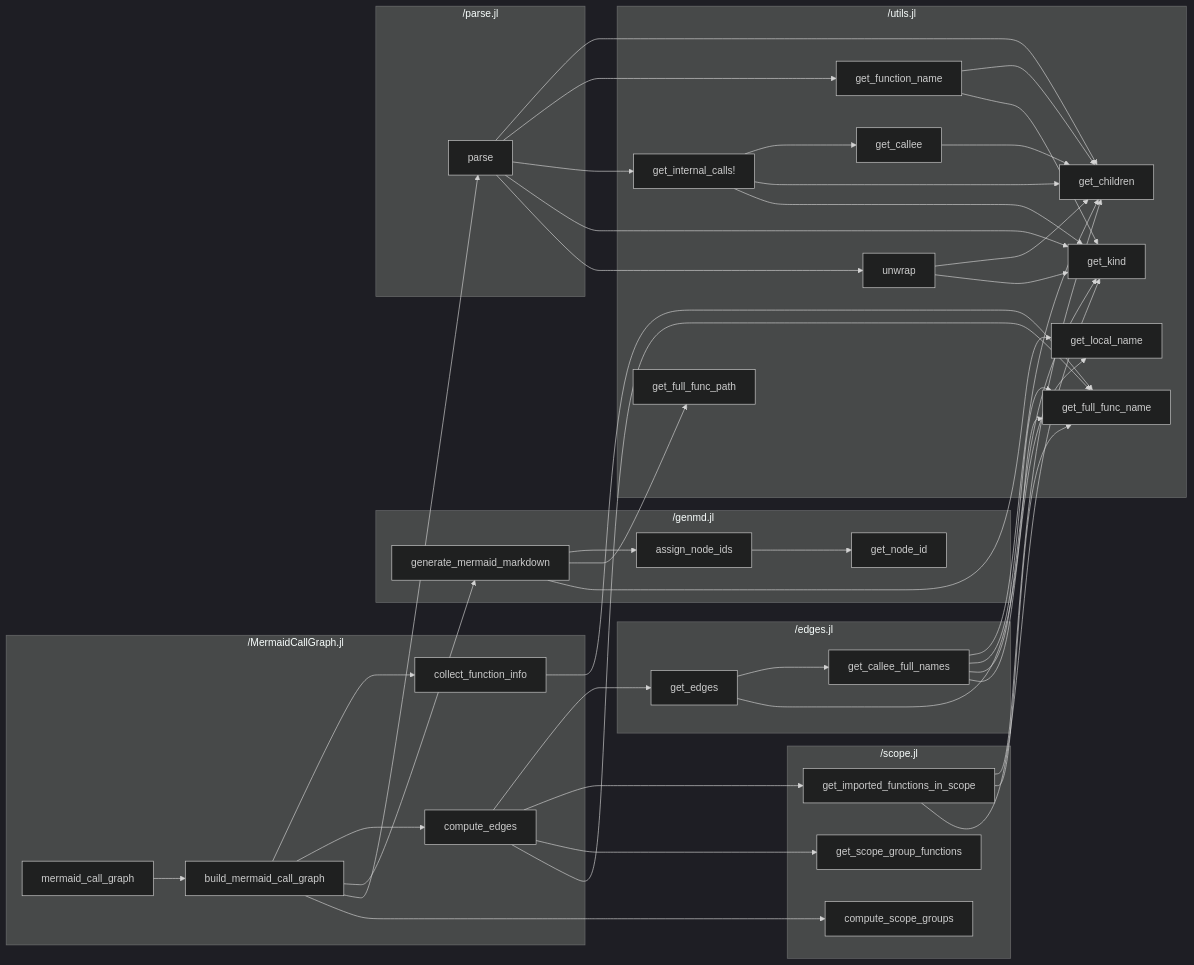
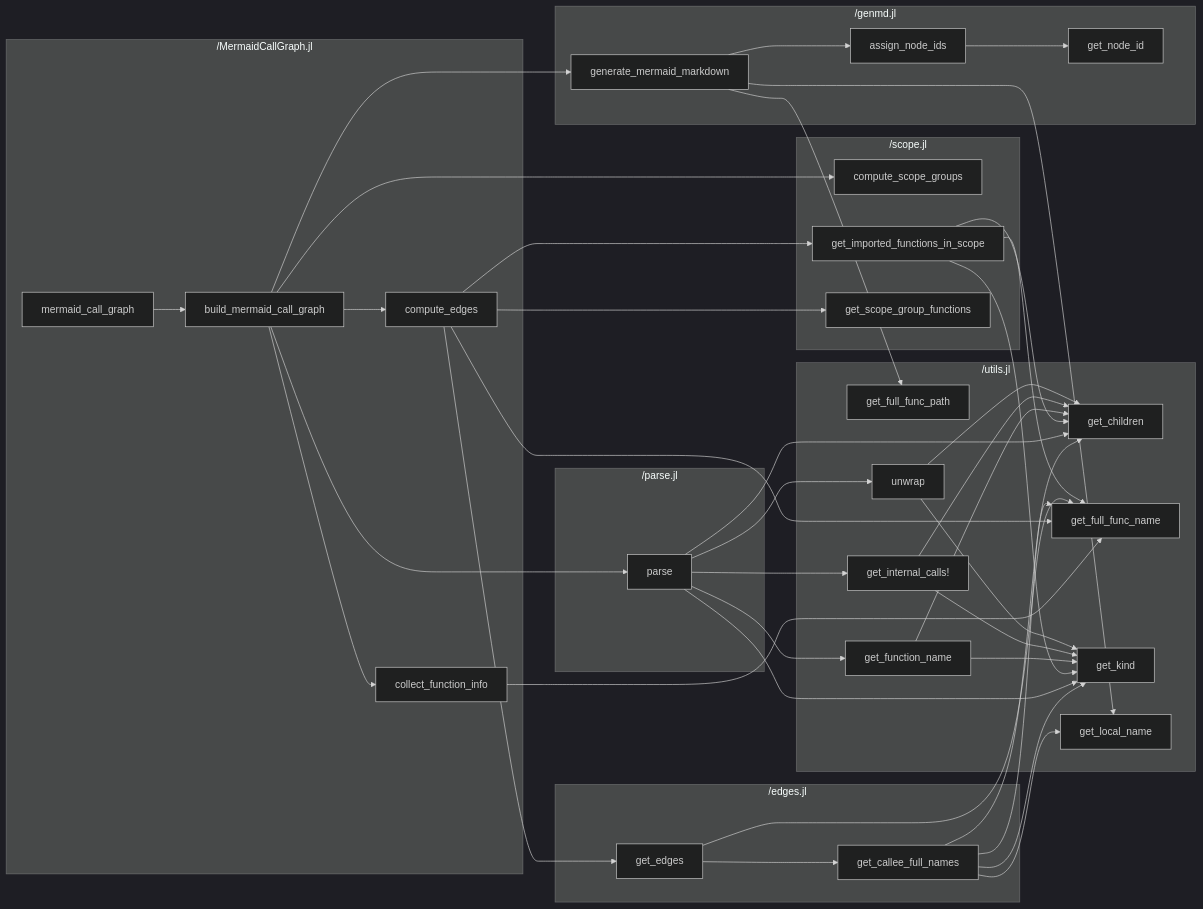
One commit to t-garin/MermaidCallGraph.jl changed the diagram in test/expected_mermaid_call_graph.md. Above: the diagram before and after it, drawn with Mermaid (dark theme). The commit also changed 1 other file, not shown here.

Commit message:
removed get_callee

````diff
--- a/test/expected_mermaid_call_graph.md
+++ b/test/expected_mermaid_call_graph.md
@@ -1,74 +1,71 @@
 ```mermaid
 flowchart LR
     subgraph "/MermaidCallGraph.jl"
         _MermaidCallGraph_jl_build_mermaid_call_graph["build_mermaid_call_graph"]
         _MermaidCallGraph_jl_collect_function_info["collect_function_info"]
         _MermaidCallGraph_jl_compute_edges["compute_edges"]
         _MermaidCallGraph_jl_mermaid_call_graph["mermaid_call_graph"]
     end
     subgraph "/edges.jl"
         _edges_jl_get_callee_full_names["get_callee_full_names"]
         _edges_jl_get_edges["get_edges"]
     end
     subgraph "/genmd.jl"
         _genmd_jl_assign_node_ids["assign_node_ids"]
         _genmd_jl_generate_mermaid_markdown["generate_mermaid_markdown"]
         _genmd_jl_get_node_id["get_node_id"]
     end
     subgraph "/parse.jl"
         _parse_jl_parse["parse"]
     end
     subgraph "/scope.jl"
         _scope_jl_compute_scope_groups["compute_scope_groups"]
         _scope_jl_get_imported_functions_in_scope["get_imported_functions_in_scope"]
         _scope_jl_get_scope_group_functions["get_scope_group_functions"]
     end
     subgraph "/utils.jl"
-        _utils_jl_get_callee["get_callee"]
         _utils_jl_get_children["get_children"]
         _utils_jl_get_full_func_name["get_full_func_name"]
         _utils_jl_get_full_func_path["get_full_func_path"]
         _utils_jl_get_function_name["get_function_name"]
         _utils_jl_get_internal_calls_["get_internal_calls!"]
         _utils_jl_get_kind["get_kind"]
         _utils_jl_get_local_name["get_local_name"]
         _utils_jl_unwrap["unwrap"]
     end
     _MermaidCallGraph_jl_build_mermaid_call_graph --> _MermaidCallGraph_jl_collect_function_info
     _MermaidCallGraph_jl_build_mermaid_call_graph --> _MermaidCallGraph_jl_compute_edges
     _MermaidCallGraph_jl_build_mermaid_call_graph --> _genmd_jl_generate_mermaid_markdown
     _MermaidCallGraph_jl_build_mermaid_call_graph --> _parse_jl_parse
     _MermaidCallGraph_jl_build_mermaid_call_graph --> _scope_jl_compute_scope_groups
     _MermaidCallGraph_jl_collect_function_info --> _utils_jl_get_full_func_name
     _MermaidCallGraph_jl_compute_edges --> _edges_jl_get_edges
     _MermaidCallGraph_jl_compute_edges --> _scope_jl_get_imported_functions_in_scope
     _MermaidCallGraph_jl_compute_edges --> _scope_jl_get_scope_group_functions
     _MermaidCallGraph_jl_compute_edges --> _utils_jl_get_full_func_name
     _MermaidCallGraph_jl_mermaid_call_graph --> _MermaidCallGraph_jl_build_mermaid_call_graph
     _edges_jl_get_callee_full_names --> _utils_jl_get_children
     _edges_jl_get_callee_full_names --> _utils_jl_get_full_func_name
     _edges_jl_get_callee_full_names --> _utils_jl_get_kind
     _edges_jl_get_callee_full_names --> _utils_jl_get_local_name
     _edges_jl_get_edges --> _edges_jl_get_callee_full_names
     _edges_jl_get_edges --> _utils_jl_get_full_func_name
     _genmd_jl_assign_node_ids --> _genmd_jl_get_node_id
     _genmd_jl_generate_mermaid_markdown --> _genmd_jl_assign_node_ids
     _genmd_jl_generate_mermaid_markdown --> _utils_jl_get_full_func_path
     _genmd_jl_generate_mermaid_markdown --> _utils_jl_get_local_name
     _parse_jl_parse --> _utils_jl_get_children
     _parse_jl_parse --> _utils_jl_get_function_name
     _parse_jl_parse --> _utils_jl_get_internal_calls_
     _parse_jl_parse --> _utils_jl_get_kind
     _parse_jl_parse --> _utils_jl_unwrap
     _scope_jl_get_imported_functions_in_scope --> _utils_jl_get_children
     _scope_jl_get_imported_functions_in_scope --> _utils_jl_get_full_func_name
     _scope_jl_get_imported_functions_in_scope --> _utils_jl_get_kind
-    _utils_jl_get_callee --> _utils_jl_get_children
     _utils_jl_get_function_name --> _utils_jl_get_children
     _utils_jl_get_function_name --> _utils_jl_get_kind
-    _utils_jl_get_internal_calls_ --> _utils_jl_get_callee
     _utils_jl_get_internal_calls_ --> _utils_jl_get_children
     _utils_jl_get_internal_calls_ --> _utils_jl_get_kind
     _utils_jl_unwrap --> _utils_jl_get_children
     _utils_jl_unwrap --> _utils_jl_get_kind
 ```
````
